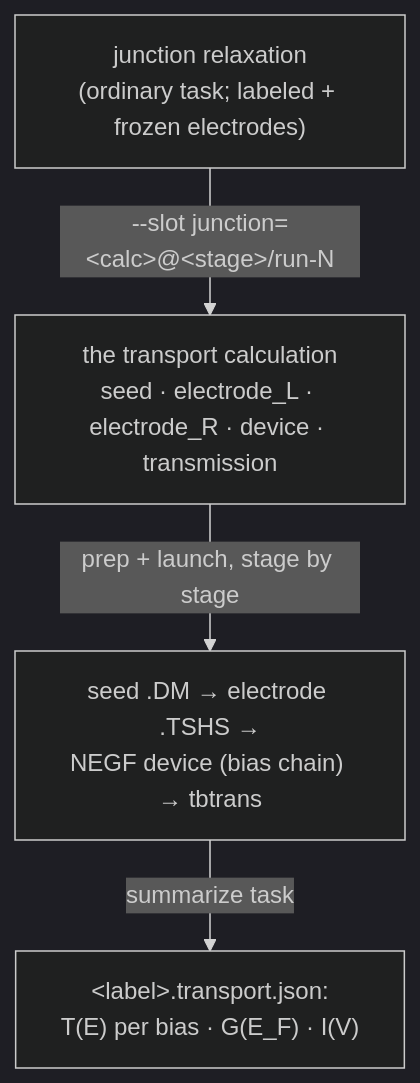
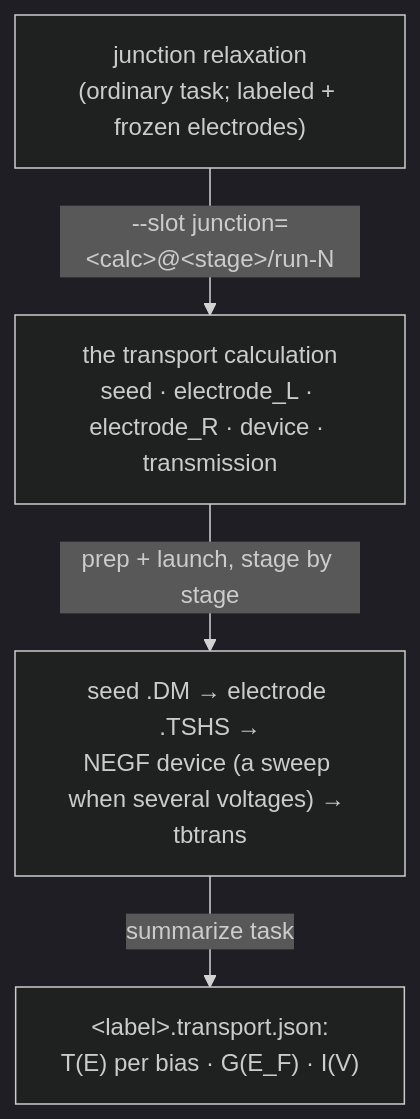
One commit to Qing-LAB/molbuilder changed the fifth of 13 diagrams in docs/engines/transport.md. Above: the diagram before and after it, drawn with Mermaid (dark theme). The commit also changed other lines of this file and 17 other files, not shown here.

````diff
--- a/docs/engines/transport.md
+++ b/docs/engines/transport.md
@@ -306,7 +308,7 @@
 ```mermaid
 flowchart TD
     RX["junction relaxation<br/>(ordinary task; labeled + frozen electrodes)"]
     RX -->|"--slot junction=&lt;calc&gt;@&lt;stage&gt;/run-N"| CT["the transport calculation<br/>seed · electrode_L · electrode_R · device · transmission"]
-    CT -->|"prep + launch, stage by stage"| RUN["seed .DM → electrode .TSHS →<br/>NEGF device (bias chain) → tbtrans"]
+    CT -->|"prep + launch, stage by stage"| RUN["seed .DM → electrode .TSHS →<br/>NEGF device (a sweep when several voltages) → tbtrans"]
     RUN -->|"summarize task"| RES["&lt;label&gt;.transport.json:<br/>T(E) per bias · G(E_F) · I(V)"]
 ```
````
